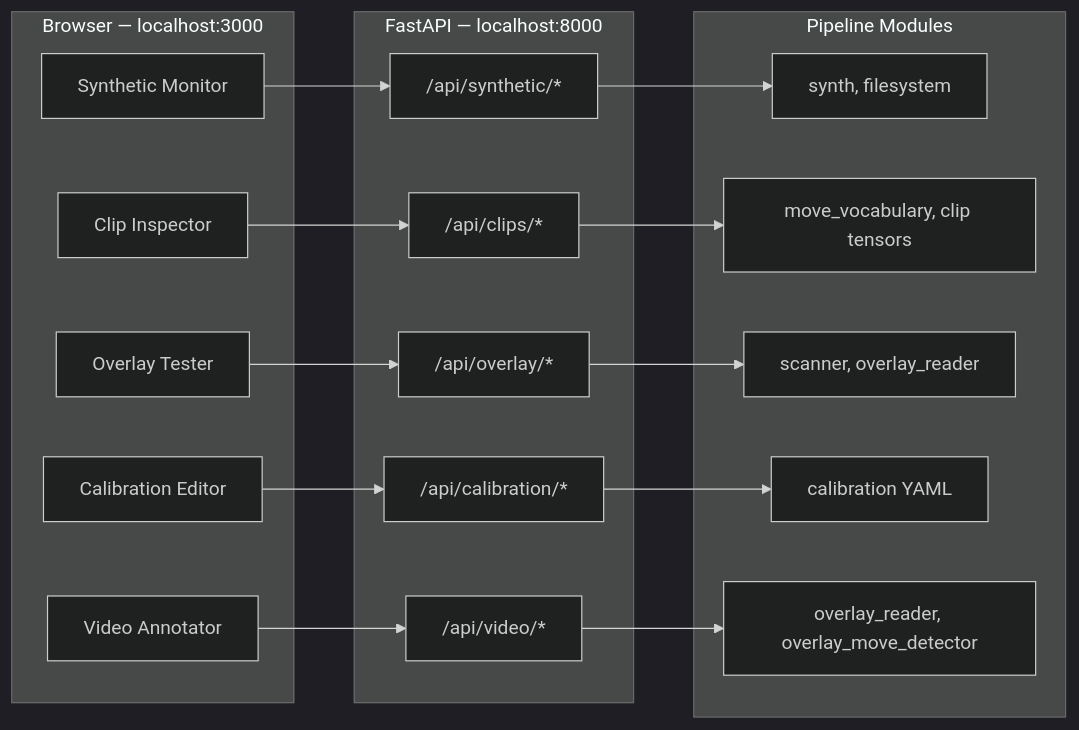
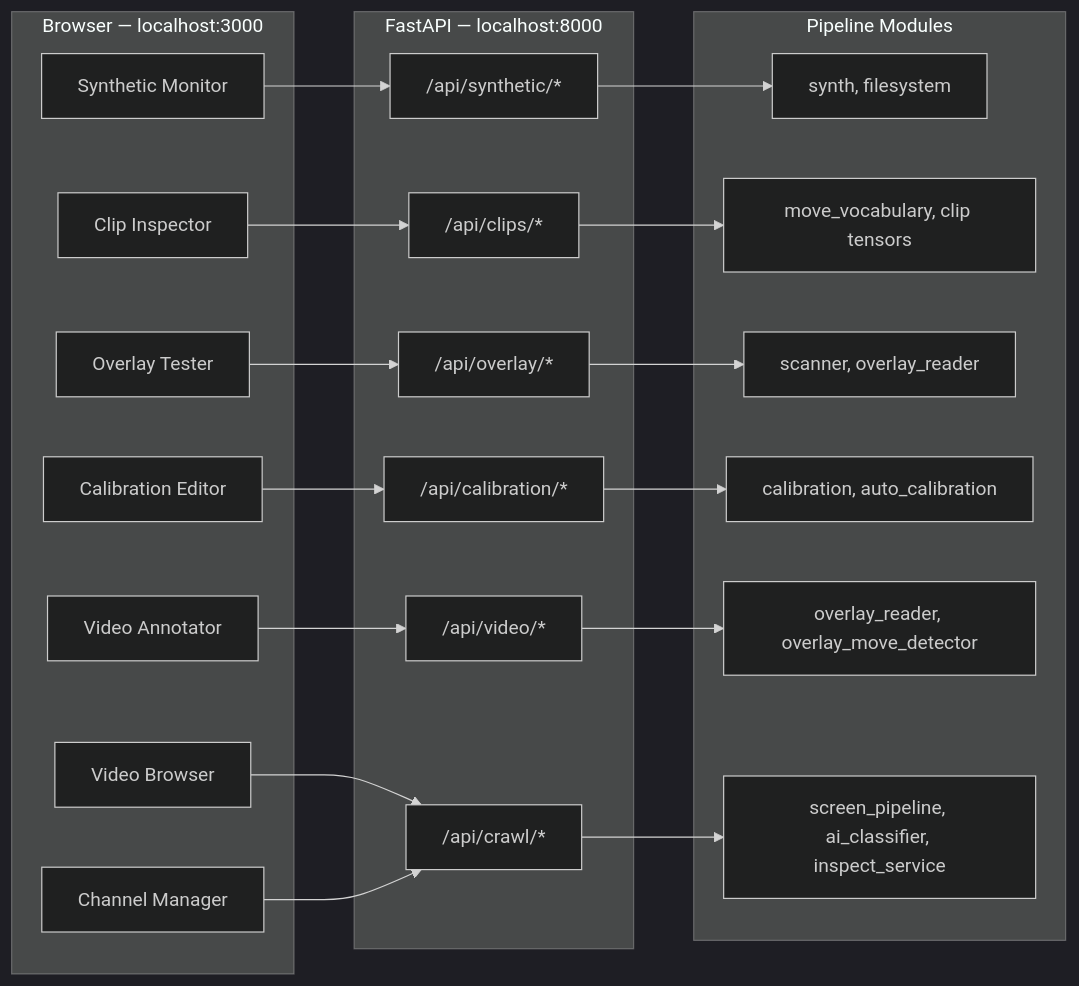
One commit to dscape/argus changed the sixth of 8 diagrams in README.md. Above: the diagram before and after it, drawn with Mermaid (dark theme). The commit also changed other lines of this file and 33 other files, not shown here.

````diff
--- a/README.md
+++ b/README.md
@@ -454,32 +484,38 @@
 ```mermaid
 graph LR
     subgraph "Browser — localhost:3000"
         SM[Synthetic Monitor]
         CI[Clip Inspector]
         OT[Overlay Tester]
         CE[Calibration Editor]
         VA[Video Annotator]
+        VB[Video Browser]
+        CM[Channel Manager]
     end
 
     subgraph "FastAPI — localhost:8000"
         R0["/api/synthetic/*"]
         R2["/api/clips/*"]
         R1["/api/overlay/*"]
         R3["/api/calibration/*"]
         R4["/api/video/*"]
+        R5["/api/crawl/*"]
     end
 
     subgraph "Pipeline Modules"
         S0["synth, filesystem"]
         S2["move_vocabulary, clip tensors"]
         S1["scanner, overlay_reader"]
-        S3["calibration YAML"]
+        S3["calibration, auto_calibration"]
         S4["overlay_reader, overlay_move_detector"]
+        S5["screen_pipeline, ai_classifier, inspect_service"]
     end
 
     SM --> R0 --> S0
     CI --> R2 --> S2
     OT --> R1 --> S1
     CE --> R3 --> S3
     VA --> R4 --> S4
+    VB --> R5 --> S5
+    CM --> R5
 ```
````
